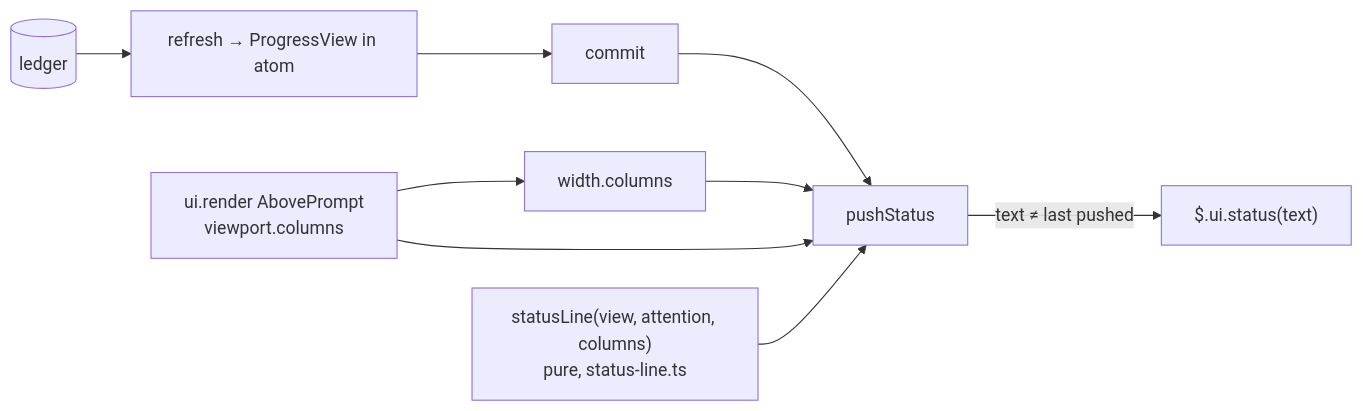
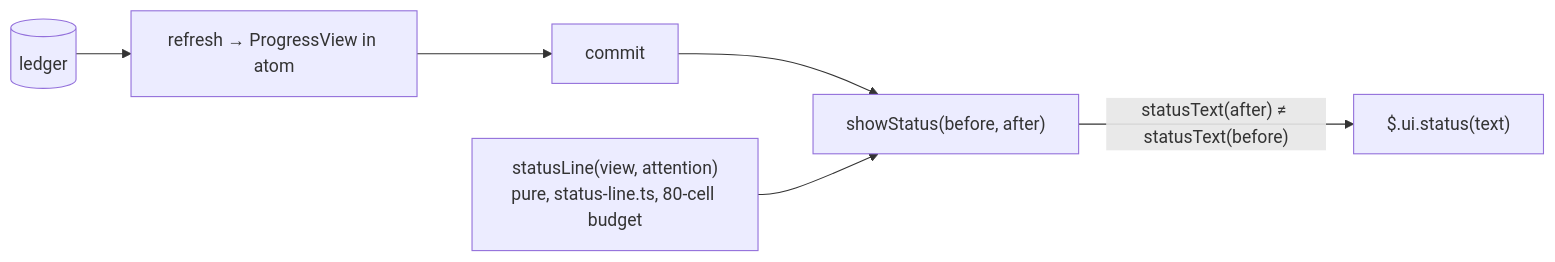
Before and after one commit to scolladon/craft: the diagram in docs/contributing/design/progress-status-line-bar.md, drawn with Mermaid. The commit also changed other lines of this file, not shown here.

Commit message:
docs(design): revise progress-status-line-bar against ADRs 718-720

````diff
--- a/docs/contributing/design/progress-status-line-bar.md
+++ b/docs/contributing/design/progress-status-line-bar.md
@@ -138,11 +143,8 @@
 ```mermaid
 flowchart LR
   L[(ledger)] --> R[refresh → ProgressView in atom]
   R --> C[commit]
-  C --> P[pushStatus]
-  B["ui.render AbovePrompt<br/>viewport.columns"] --> W[width.columns]
-  W --> P
-  B --> P
-  P -->|"text ≠ last pushed"| S["$.ui.status(text)"]
-  F["statusLine(view, attention, columns)<br/>pure, status-line.ts"] --> P
+  C --> P["showStatus(before, after)"]
+  P -->|"statusText(after) ≠ statusText(before)"| S["$.ui.status(text)"]
+  F["statusLine(view, attention)<br/>pure, status-line.ts, 80-cell budget"] --> P
 ```
````
